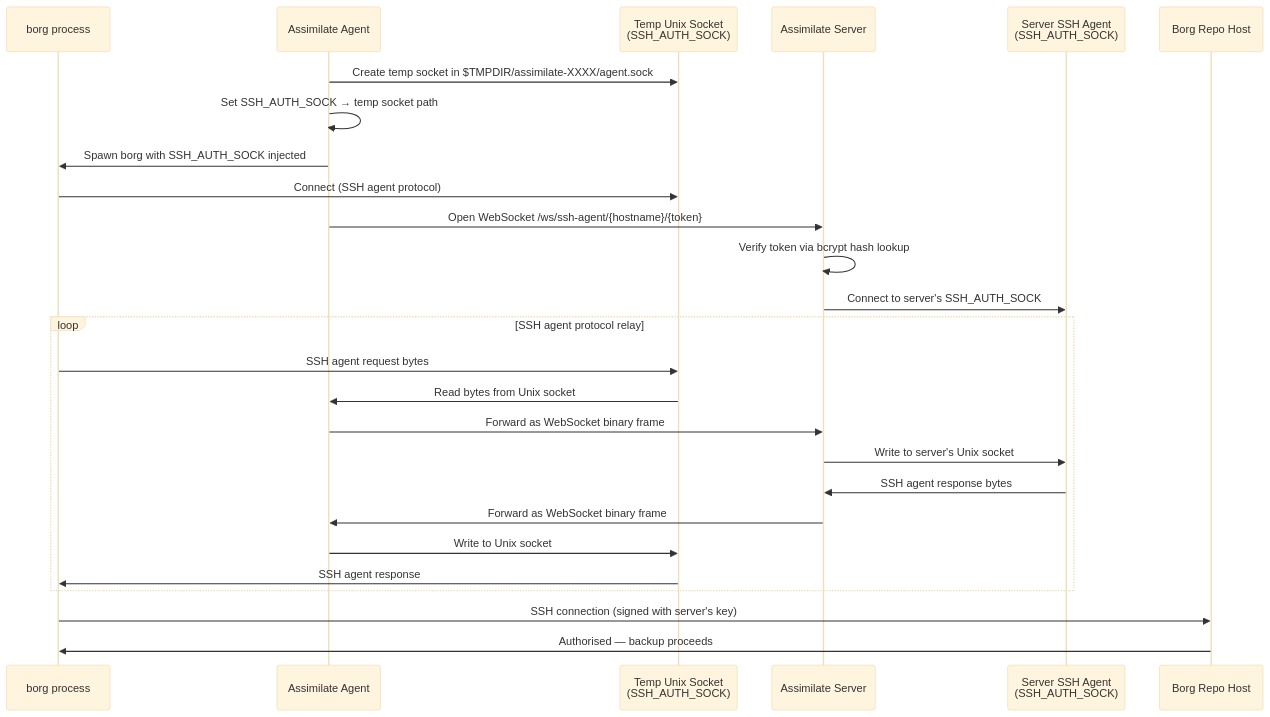
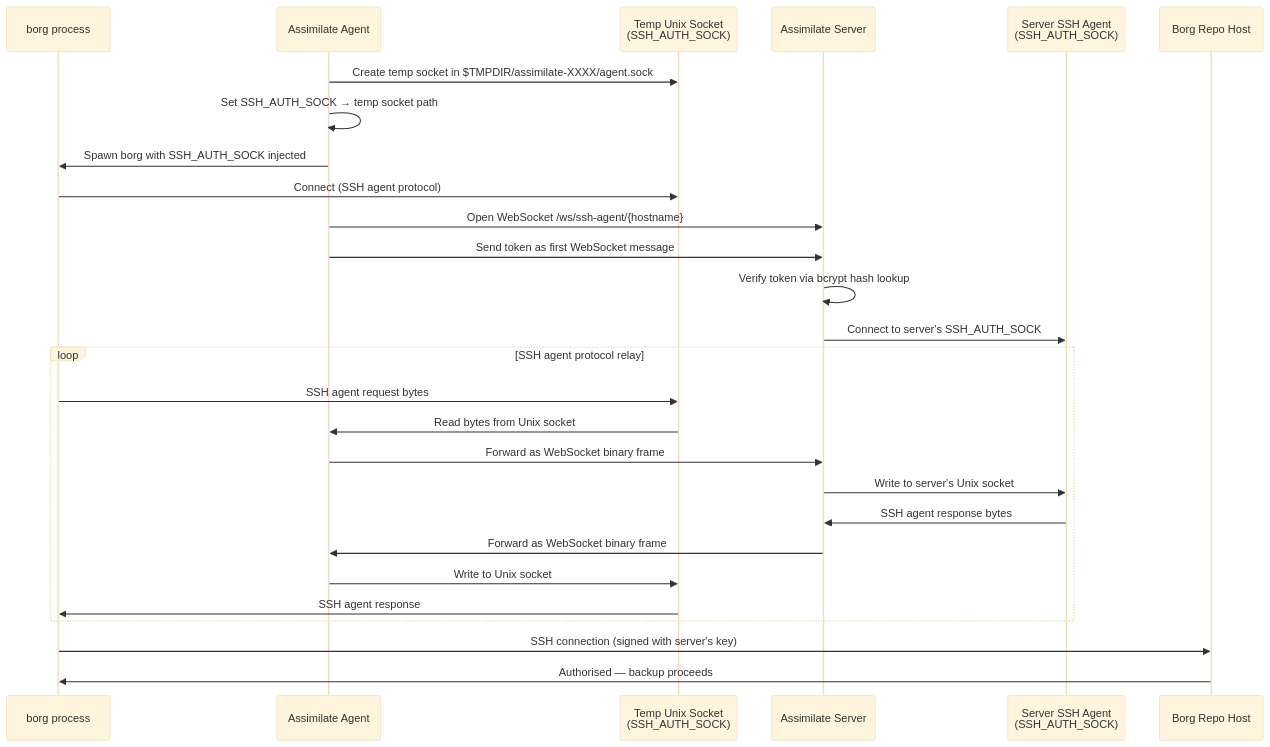
One commit to alexmohr/assimilate changed the diagram in docs/ssh-agent-forwarding.md. Above: the diagram before and after it, drawn with Mermaid (base theme). The commit also changed other lines of this file and 8 other files, not shown here.

````diff
--- a/docs/ssh-agent-forwarding.md
+++ b/docs/ssh-agent-forwarding.md
@@ -15,32 +15,33 @@
 ```mermaid
 sequenceDiagram
     participant Borg as borg process
     participant Agent as Assimilate Agent
     participant UDS as Temp Unix Socket<br/>(SSH_AUTH_SOCK)
     participant Server as Assimilate Server
     participant LocalAgent as Server SSH Agent<br/>(SSH_AUTH_SOCK)
     participant Repo as Borg Repo Host
 
     Agent->>UDS: Create temp socket in $TMPDIR/assimilate-XXXX/agent.sock
     Agent->>Agent: Set SSH_AUTH_SOCK → temp socket path
     Agent->>Borg: Spawn borg with SSH_AUTH_SOCK injected
 
     Borg->>UDS: Connect (SSH agent protocol)
-    Agent->>Server: Open WebSocket /ws/ssh-agent/{hostname}/{token}
+    Agent->>Server: Open WebSocket /ws/ssh-agent/{hostname}
+    Agent->>Server: Send token as first WebSocket message
     Server->>Server: Verify token via bcrypt hash lookup
     Server->>LocalAgent: Connect to server's SSH_AUTH_SOCK
 
     loop SSH agent protocol relay
         Borg->>UDS: SSH agent request bytes
         UDS->>Agent: Read bytes from Unix socket
         Agent->>Server: Forward as WebSocket binary frame
         Server->>LocalAgent: Write to server's Unix socket
         LocalAgent->>Server: SSH agent response bytes
         Server->>Agent: Forward as WebSocket binary frame
         Agent->>UDS: Write to Unix socket
         UDS->>Borg: SSH agent response
     end
 
     Borg->>Repo: SSH connection (signed with server's key)
     Repo->>Borg: Authorised — backup proceeds
 ```
````
